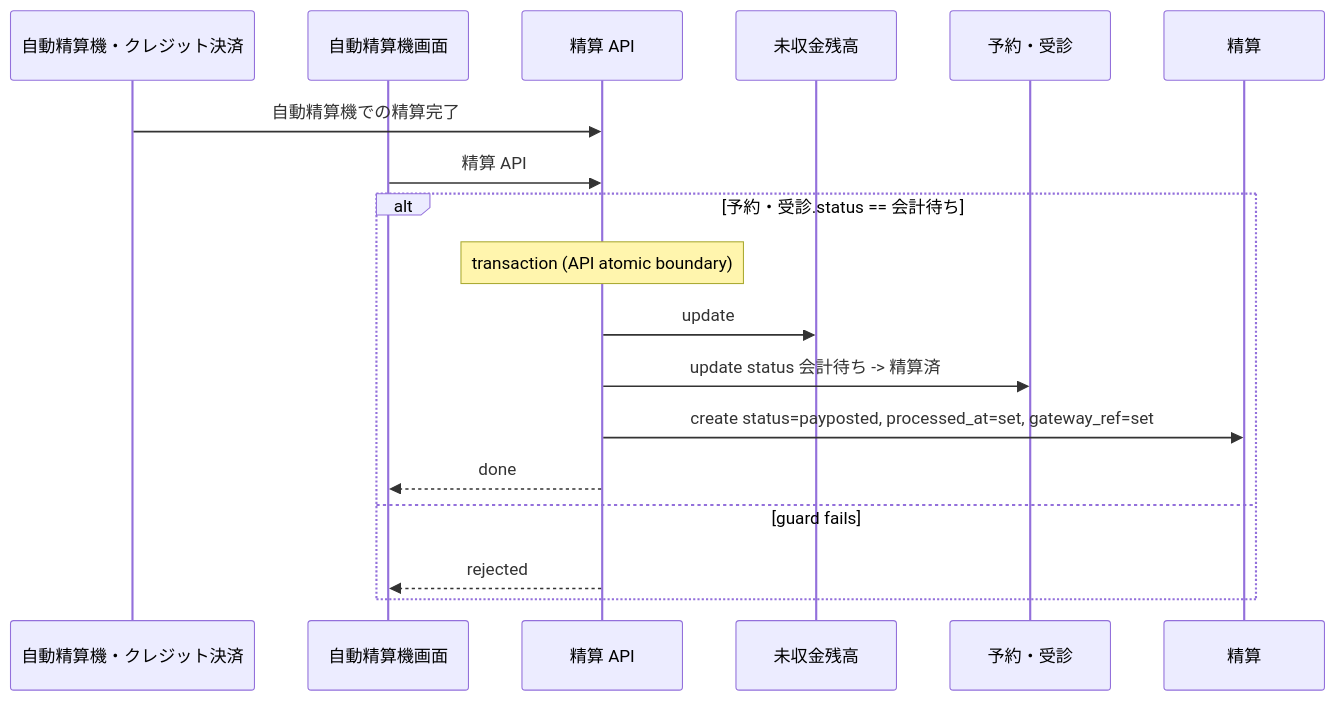
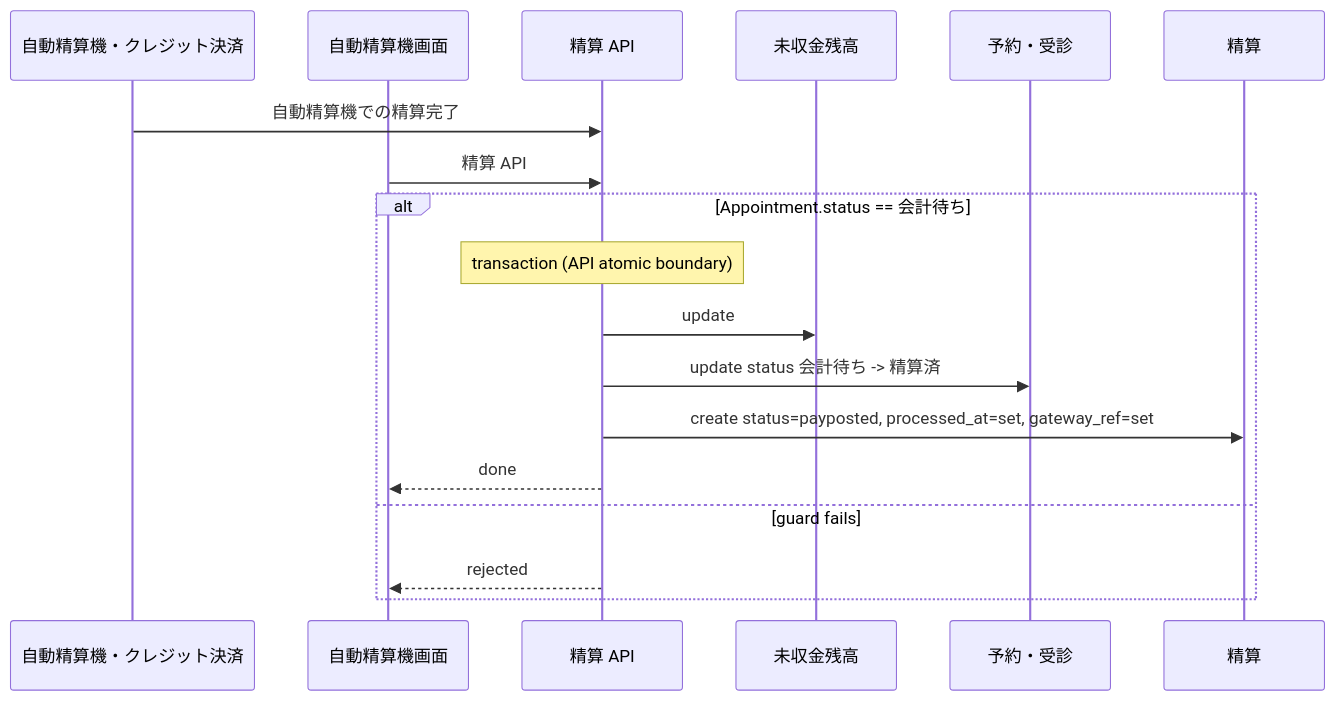
One commit to manji-0/rdra-ish-dsl changed the diagram in samples/clinic-ops/out/uc/sequence_SettleAtKiosk.mmd. Above: the diagram before and after it, drawn with Mermaid. The commit also changed 14 other files, not shown here.

```diff
--- a/samples/clinic-ops/out/uc/sequence_SettleAtKiosk.mmd
+++ b/samples/clinic-ops/out/uc/sequence_SettleAtKiosk.mmd
@@ -1,21 +1,21 @@
 %% rdra-ish diagram=sequence scope=usecase:SettleAtKiosk model=samples/clinic-ops
 %% kinds: extsystem screen api entity
 %% omitted: buc step medium event
 sequenceDiagram
   participant extsystem__PaymentGateway as 自動精算機・クレジット決済
   participant screen__KioskScreen as 自動精算機画面
   participant api__SettlementApi as 精算 API
   participant entity__AccountBalance as 未収金残高
   participant entity__Appointment as 予約・受診
   participant entity__PaymentTransaction as 精算
   extsystem__PaymentGateway ->> api__SettlementApi: 自動精算機での精算完了
   screen__KioskScreen ->> api__SettlementApi: 精算 API
-  alt 予約・受診.status == 会計待ち
+  alt Appointment.status == 会計待ち
     Note over api__SettlementApi: transaction (API atomic boundary)
     api__SettlementApi ->> entity__AccountBalance: update
     api__SettlementApi ->> entity__Appointment: update status 会計待ち -> 精算済
     api__SettlementApi ->> entity__PaymentTransaction: create status=payposted, processed_at=set, gateway_ref=set
     api__SettlementApi -->> screen__KioskScreen: done
   else guard fails
     api__SettlementApi -->> screen__KioskScreen: rejected
   end
```
